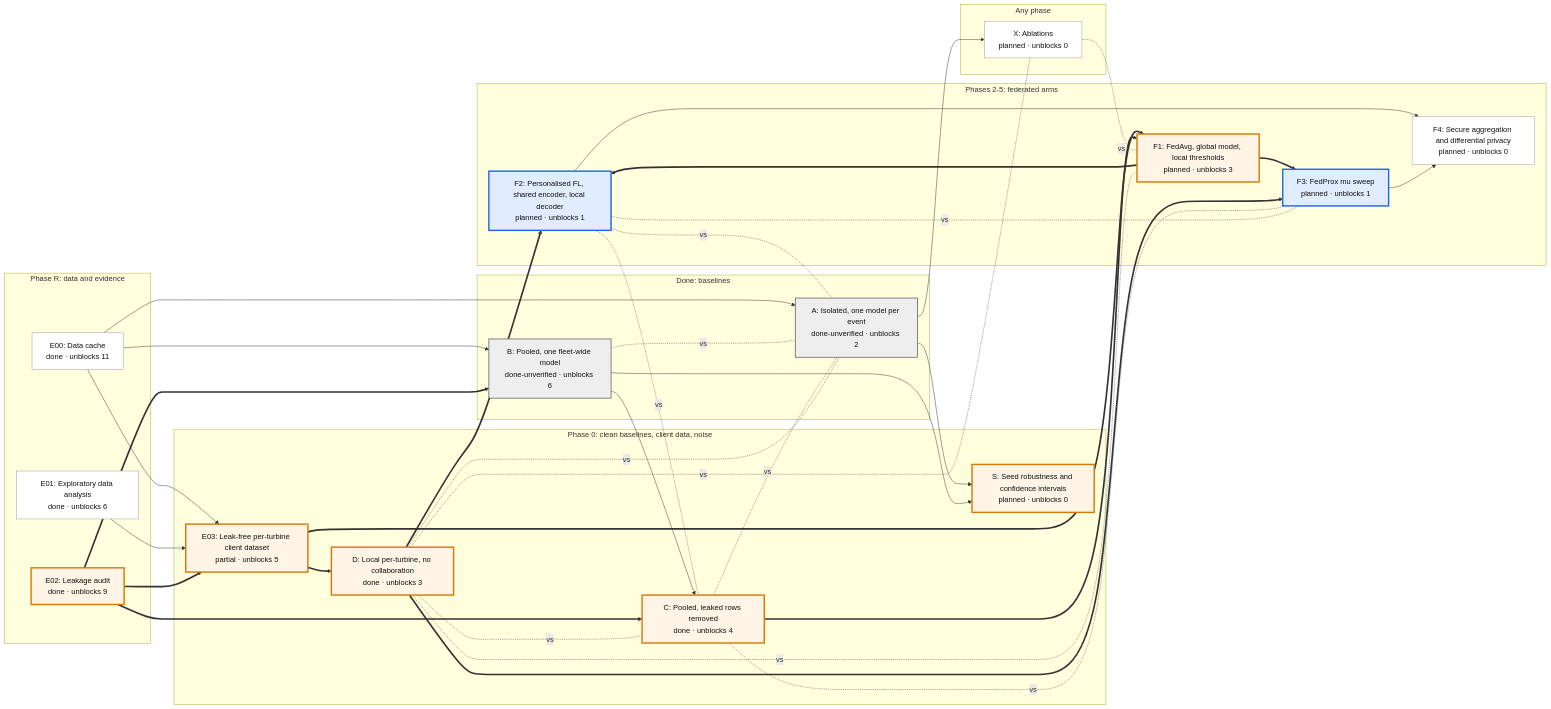
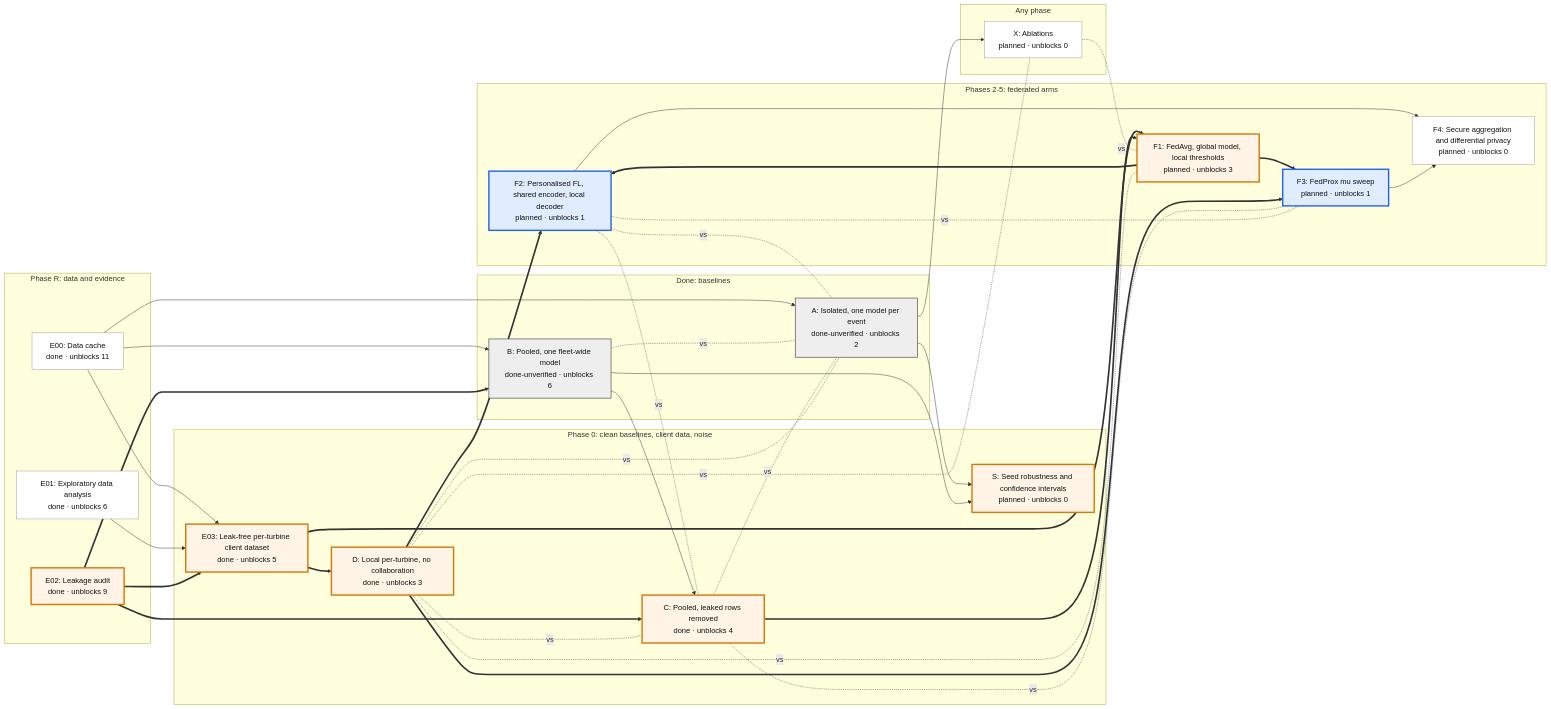
One commit to PranavMundhra/Wind-Turbine changed the diagram in docs/experiments/EXPERIMENT_GRAPH.md. Above: the diagram before and after it, drawn with Mermaid. The commit also changed 40 other files, not shown here.

````diff
--- a/docs/experiments/EXPERIMENT_GRAPH.md
+++ b/docs/experiments/EXPERIMENT_GRAPH.md
@@ -6,66 +6,66 @@
 ```mermaid
 flowchart LR
   subgraph lane_r["Phase R: data and evidence"]
     E00["E00: Data cache<br/>done · unblocks 11"]
     E01["E01: Exploratory data analysis<br/>done · unblocks 6"]
     E02["E02: Leakage audit<br/>done · unblocks 9"]
   end
   subgraph lane_done["Done: baselines"]
     A["A: Isolated, one model per event<br/>done-unverified · unblocks 2"]
     B["B: Pooled, one fleet-wide model<br/>done-unverified · unblocks 6"]
   end
   subgraph lane_0["Phase 0: clean baselines, client data, noise"]
-    E03["E03: Leak-free per-turbine client dataset<br/>partial · unblocks 5"]
+    E03["E03: Leak-free per-turbine client dataset<br/>done · unblocks 5"]
     C["C: Pooled, leaked rows removed<br/>done · unblocks 4"]
     D["D: Local per-turbine, no collaboration<br/>done · unblocks 3"]
     S["S: Seed robustness and confidence intervals<br/>planned · unblocks 0"]
   end
   subgraph lane_fl["Phases 2-5: federated arms"]
     F1["F1: FedAvg, global model, local thresholds<br/>planned · unblocks 3"]
     F2["F2: Personalised FL, shared encoder, local decoder<br/>planned · unblocks 1"]
     F3["F3: FedProx mu sweep<br/>planned · unblocks 1"]
     F4["F4: Secure aggregation and differential privacy<br/>planned · unblocks 0"]
   end
   subgraph lane_any["Any phase"]
     X["X: Ablations<br/>planned · unblocks 0"]
   end
   E00 --> E03
   E01 --> E03
   E02 ==> E03
   E00 --> A
   E00 --> B
   E02 ==> B
   B --> C
   E02 ==> C
   E03 ==> D
   E03 ==> F1
   C ==> F1
   F1 ==> F2
   D ==> F2
   F1 ==> F3
   D ==> F3
   F2 --> F4
   F3 --> F4
   A --> S
   B --> S
   A --> X
   B -.-|vs| A
   C -.-|vs| A
   D -.-|vs| A
   D -.-|vs| C
   F1 -.-|vs| D
   F2 -.-|vs| C
   F2 -.-|vs| A
   F3 -.-|vs| C
   F3 -.-|vs| F2
   X -.-|vs| D
   X -.-|vs| F1
   classDef gate fill:#fff4e5,stroke:#d97706,stroke-width:3px,color:#111
   classDef headline fill:#e0ecff,stroke:#2563eb,stroke-width:3px,color:#111
   classDef baseline fill:#eeeeee,stroke:#555,stroke-width:1.5px,color:#111
   classDef supporting fill:#ffffff,stroke:#999,stroke-width:1px,color:#111
   class E02,E03,C,D,F1,S gate
   class F2,F3 headline
   class A,B baseline
   class E00,E01,F4,X supporting
 ```
````
